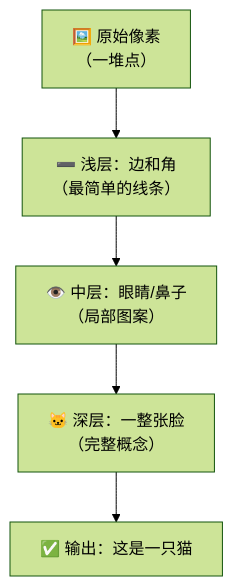
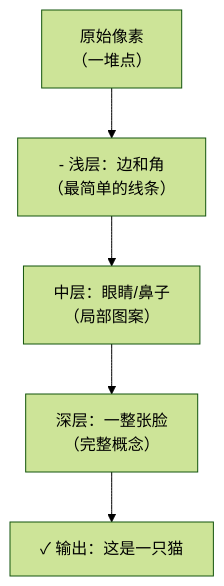
The second of 8 diagrams in docs/02_CONCEPTS_概念入门/CONCEPT/[CONCEPT-13] 什么是深度学习-DeepLearning.md (luckykhy/KhyAiHub), drawn with Mermaid (forest theme) before and after one commit. The commit also changed other lines of this file and 19 other files, not shown here.

````diff
--- a/docs/02_CONCEPTS_概念入门/CONCEPT/[CONCEPT-13] 什么是深度学习-DeepLearning.md
+++ b/docs/02_CONCEPTS_概念入门/CONCEPT/[CONCEPT-13] 什么是深度学习-DeepLearning.md
@@ -73,7 +73,7 @@
 ```mermaid
 flowchart TB
-  P["🖼️ 原始像素<br/>（一堆点）"] --> E["➖ 浅层：边和角<br/>（最简单的线条）"]
-  E --> PART["👁️ 中层：眼睛/鼻子<br/>（局部图案）"]
-  PART --> FACE["🐱 深层：一整张脸<br/>（完整概念）"]
-  FACE --> ANS["✅ 输出：这是一只猫"]
+  P["原始像素<br/>（一堆点）"] --> E["- 浅层：边和角<br/>（最简单的线条）"]
+  E --> PART["中层：眼睛/鼻子<br/>（局部图案）"]
+  PART --> FACE["深层：一整张脸<br/>（完整概念）"]
+  FACE --> ANS["✓ 输出：这是一只猫"]
 ```
````
